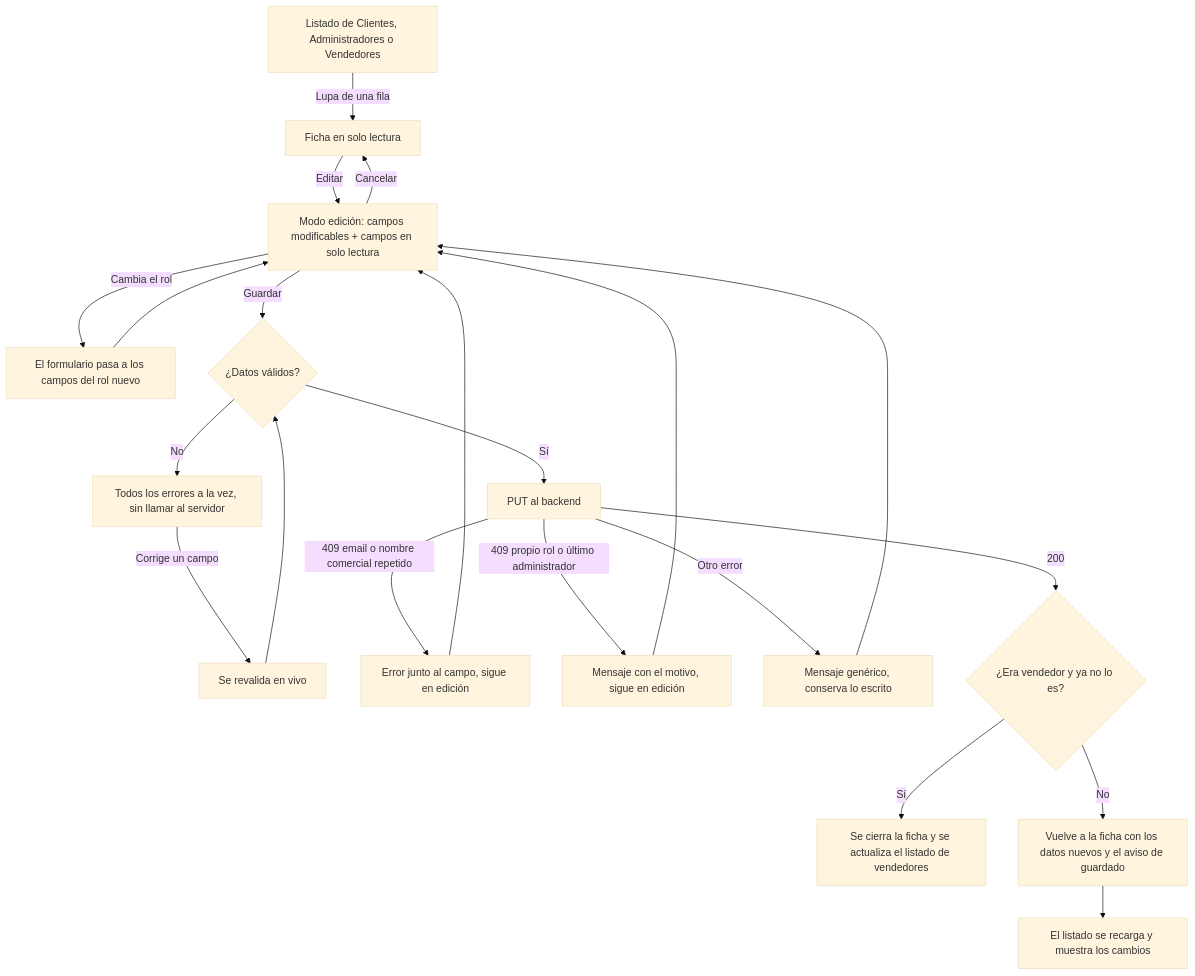
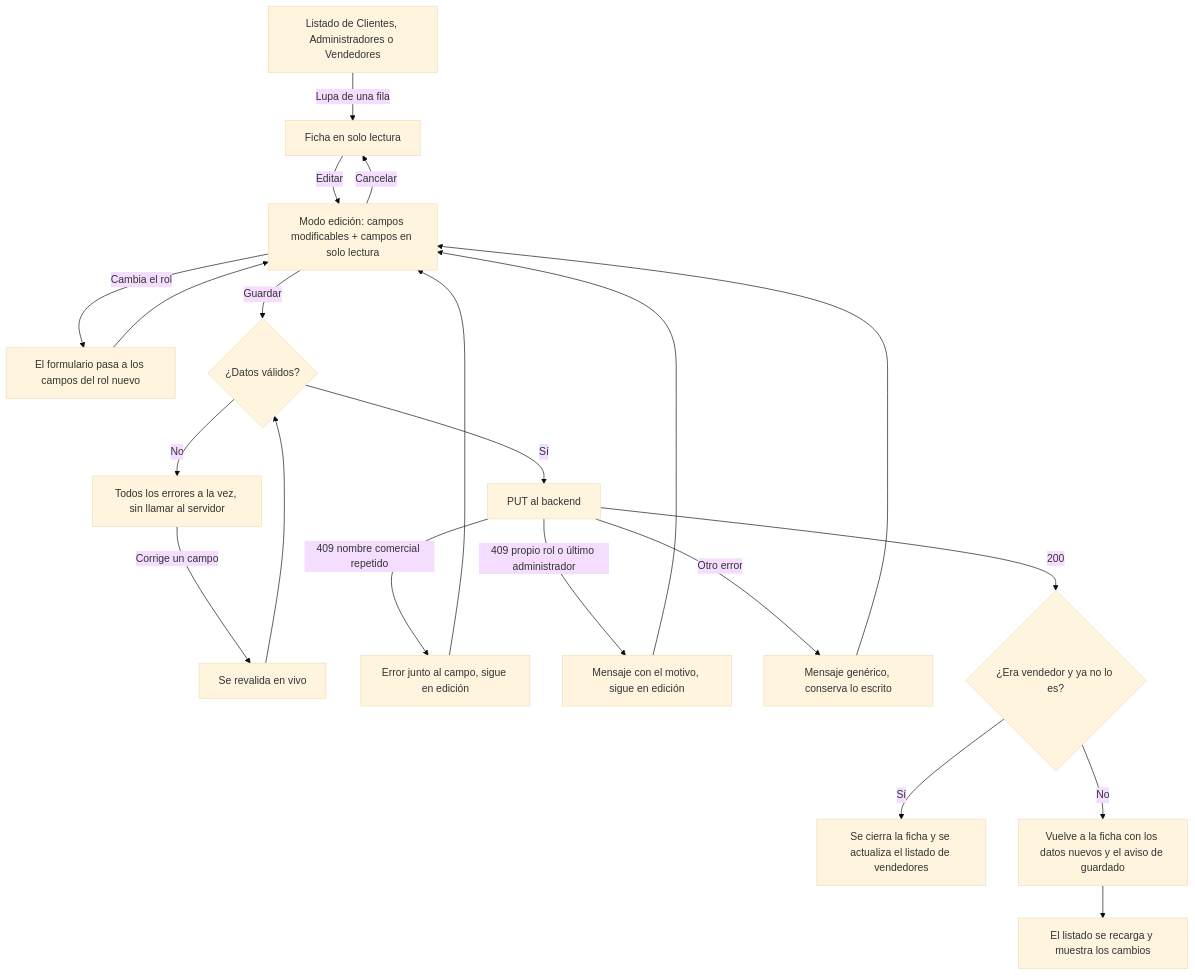
The diagram in frontend/docs/hu22-editar-usuario.md (ESIBuy-2026-2027/ESIBuy-Mantenimiento), drawn with Mermaid (base theme) before and after one commit. The commit also changed other lines of this file and 5 other files, not shown here.

````diff
--- a/frontend/docs/hu22-editar-usuario.md
+++ b/frontend/docs/hu22-editar-usuario.md
@@ -68,23 +68,23 @@
 ```mermaid
 flowchart TD
     A[Listado de Clientes, Administradores o Vendedores] -- Lupa de una fila --> B[Ficha en solo lectura]
     B -- Editar --> C[Modo edición: campos modificables + campos en solo lectura]
     C -- Cancelar --> B
     C -- Cambia el rol --> R[El formulario pasa a los campos del rol nuevo]
     R --> C
     C -- Guardar --> D{¿Datos válidos?}
     D -- No --> E[Todos los errores a la vez, sin llamar al servidor]
     E -- Corrige un campo --> F[Se revalida en vivo]
     F --> D
     D -- Sí --> G[PUT al backend]
-    G -- 409 email o nombre comercial repetido --> H[Error junto al campo, sigue en edición]
+    G -- 409 nombre comercial repetido --> H[Error junto al campo, sigue en edición]
     G -- 409 propio rol o último administrador --> M[Mensaje con el motivo, sigue en edición]
     G -- Otro error --> I[Mensaje genérico, conserva lo escrito]
     H --> C
     M --> C
     I --> C
     G -- 200 --> J{¿Era vendedor y ya no lo es?}
     J -- Sí --> L[Se cierra la ficha y se actualiza el listado de vendedores]
     J -- No --> K[Vuelve a la ficha con los datos nuevos y el aviso de guardado]
     K --> N[El listado se recarga y muestra los cambios]
 ```
````
